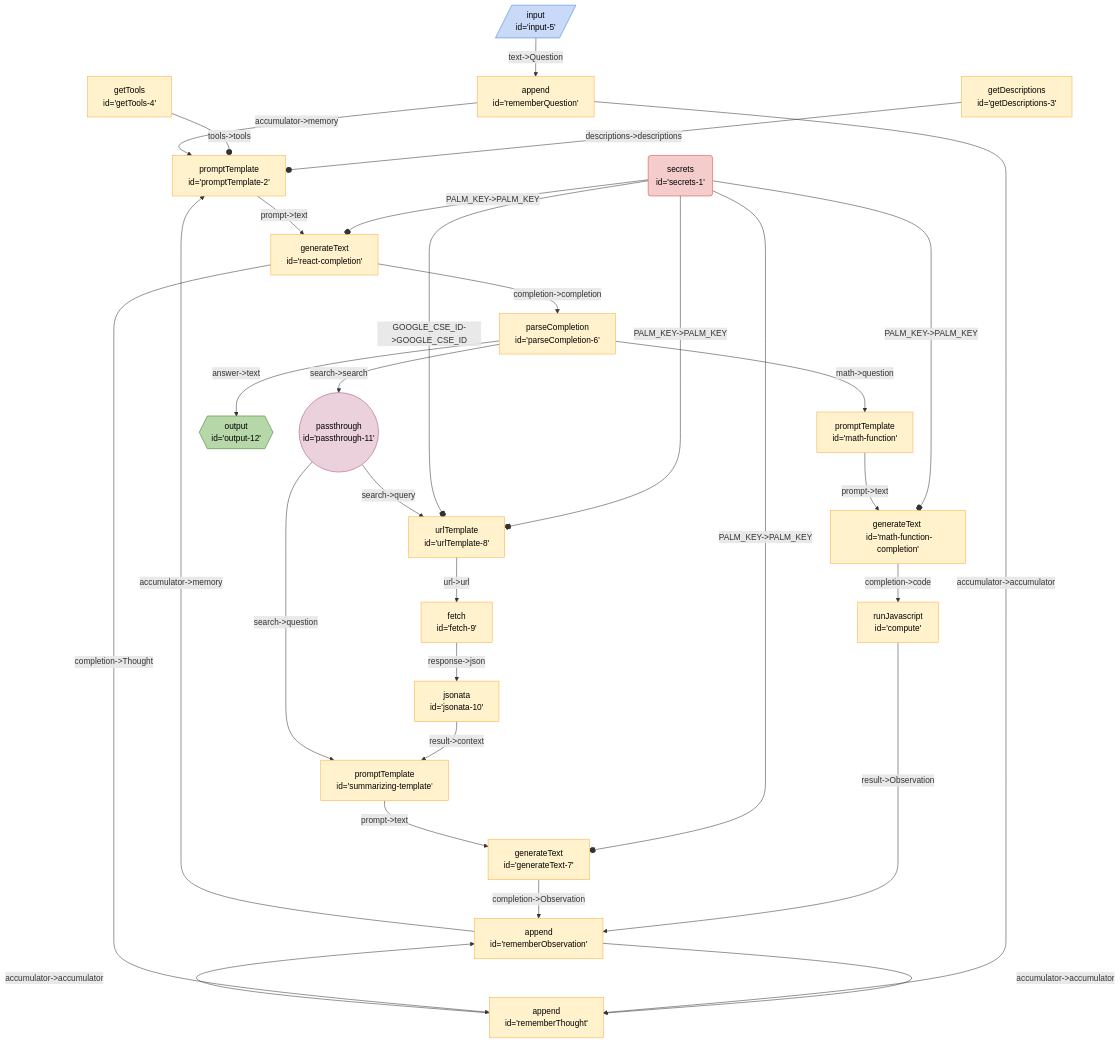
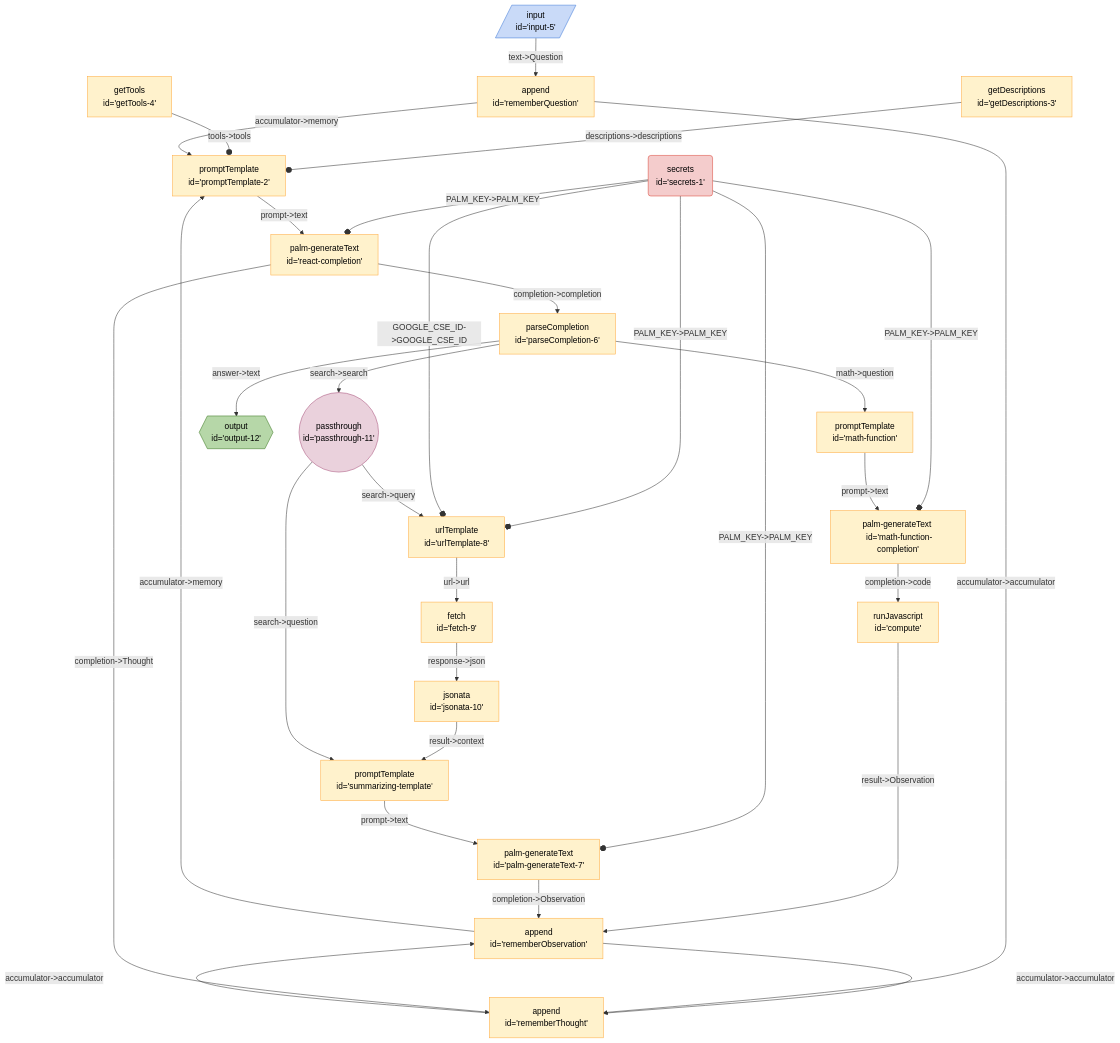
One commit to breadboard-ai/breadboard changed the diagram in seeds/graph-playground/docs/graphs/react.md. Above: the diagram before and after it, drawn with Mermaid. The commit also changed 55 other files, not shown here.

````diff
--- a/seeds/graph-playground/docs/graphs/react.md
+++ b/seeds/graph-playground/docs/graphs/react.md
@@ -5,41 +5,41 @@
   ```mermaid
   %%{init: 'themeVariables': { 'fontFamily': 'Fira Code, monospace' }}%%
 graph TD;
 getDescriptions3["getDescriptions <br> id='getDescriptions-3'"] -- "descriptions->descriptions" --o promptTemplate2["promptTemplate <br> id='promptTemplate-2'"]
 getTools4["getTools <br> id='getTools-4'"] -- "tools->tools" --o promptTemplate2["promptTemplate <br> id='promptTemplate-2'"]
 rememberObservation["append <br> id='rememberObservation'"] -- "accumulator->memory" --> promptTemplate2["promptTemplate <br> id='promptTemplate-2'"]
 rememberThought["append <br> id='rememberThought'"] -- "accumulator->accumulator" --> rememberObservation["append <br> id='rememberObservation'"]
 rememberObservation["append <br> id='rememberObservation'"] -- "accumulator->accumulator" --> rememberThought["append <br> id='rememberThought'"]
 rememberQuestion["append <br> id='rememberQuestion'"] -- "accumulator->accumulator" --> rememberThought["append <br> id='rememberThought'"]
 rememberQuestion["append <br> id='rememberQuestion'"] -- "accumulator->memory" --> promptTemplate2["promptTemplate <br> id='promptTemplate-2'"]
 input5[/"input <br> id='input-5'"/]:::input -- "text->Question" --> rememberQuestion["append <br> id='rememberQuestion'"]
-secrets1("secrets <br> id='secrets-1'"):::secrets -- "PALM_KEY->PALM_KEY" --o reactcompletion["generateText <br> id='react-completion'"]
+secrets1("secrets <br> id='secrets-1'"):::secrets -- "PALM_KEY->PALM_KEY" --o reactcompletion["palm-generateText <br> id='react-completion'"]
 compute["runJavascript <br> id='compute'"] -- "result->Observation" --> rememberObservation["append <br> id='rememberObservation'"]
-mathfunctioncompletion["generateText <br> id='math-function-completion'"] -- "completion->code" --> compute["runJavascript <br> id='compute'"]
-secrets1("secrets <br> id='secrets-1'"):::secrets -- "PALM_KEY->PALM_KEY" --o mathfunctioncompletion["generateText <br> id='math-function-completion'"]
-mathfunction["promptTemplate <br> id='math-function'"] -- "prompt->text" --> mathfunctioncompletion["generateText <br> id='math-function-completion'"]
-generateText7["generateText <br> id='generateText-7'"] -- "completion->Observation" --> rememberObservation["append <br> id='rememberObservation'"]
-secrets1("secrets <br> id='secrets-1'"):::secrets -- "PALM_KEY->PALM_KEY" --o generateText7["generateText <br> id='generateText-7'"]
-summarizingtemplate["promptTemplate <br> id='summarizing-template'"] -- "prompt->text" --> generateText7["generateText <br> id='generateText-7'"]
+mathfunctioncompletion["palm-generateText <br> id='math-function-completion'"] -- "completion->code" --> compute["runJavascript <br> id='compute'"]
+secrets1("secrets <br> id='secrets-1'"):::secrets -- "PALM_KEY->PALM_KEY" --o mathfunctioncompletion["palm-generateText <br> id='math-function-completion'"]
+mathfunction["promptTemplate <br> id='math-function'"] -- "prompt->text" --> mathfunctioncompletion["palm-generateText <br> id='math-function-completion'"]
+palmgenerateText7["palm-generateText <br> id='palm-generateText-7'"] -- "completion->Observation" --> rememberObservation["append <br> id='rememberObservation'"]
+secrets1("secrets <br> id='secrets-1'"):::secrets -- "PALM_KEY->PALM_KEY" --o palmgenerateText7["palm-generateText <br> id='palm-generateText-7'"]
+summarizingtemplate["promptTemplate <br> id='summarizing-template'"] -- "prompt->text" --> palmgenerateText7["palm-generateText <br> id='palm-generateText-7'"]
 secrets1("secrets <br> id='secrets-1'"):::secrets -- "PALM_KEY->PALM_KEY" --o urlTemplate8["urlTemplate <br> id='urlTemplate-8'"]
 secrets1("secrets <br> id='secrets-1'"):::secrets -- "GOOGLE_CSE_ID->GOOGLE_CSE_ID" --o urlTemplate8["urlTemplate <br> id='urlTemplate-8'"]
 jsonata10["jsonata <br> id='jsonata-10'"] -- "result->context" --> summarizingtemplate["promptTemplate <br> id='summarizing-template'"]
 fetch9["fetch <br> id='fetch-9'"] -- "response->json" --> jsonata10["jsonata <br> id='jsonata-10'"]
 urlTemplate8["urlTemplate <br> id='urlTemplate-8'"] -- "url->url" --> fetch9["fetch <br> id='fetch-9'"]
 passthrough11(("passthrough <br> id='passthrough-11'")):::passthrough -- "search->question" --> summarizingtemplate["promptTemplate <br> id='summarizing-template'"]
 passthrough11(("passthrough <br> id='passthrough-11'")):::passthrough -- "search->query" --> urlTemplate8["urlTemplate <br> id='urlTemplate-8'"]
 parseCompletion6["parseCompletion <br> id='parseCompletion-6'"] -- "search->search" --> passthrough11(("passthrough <br> id='passthrough-11'")):::passthrough
 parseCompletion6["parseCompletion <br> id='parseCompletion-6'"] -- "math->question" --> mathfunction["promptTemplate <br> id='math-function'"]
 parseCompletion6["parseCompletion <br> id='parseCompletion-6'"] -- "answer->text" --> output12{{"output <br> id='output-12'"}}:::output
-reactcompletion["generateText <br> id='react-completion'"] -- "completion->completion" --> parseCompletion6["parseCompletion <br> id='parseCompletion-6'"]
-reactcompletion["generateText <br> id='react-completion'"] -- "completion->Thought" --> rememberThought["append <br> id='rememberThought'"]
-promptTemplate2["promptTemplate <br> id='promptTemplate-2'"] -- "prompt->text" --> reactcompletion["generateText <br> id='react-completion'"]
+reactcompletion["palm-generateText <br> id='react-completion'"] -- "completion->completion" --> parseCompletion6["parseCompletion <br> id='parseCompletion-6'"]
+reactcompletion["palm-generateText <br> id='react-completion'"] -- "completion->Thought" --> rememberThought["append <br> id='rememberThought'"]
+promptTemplate2["promptTemplate <br> id='promptTemplate-2'"] -- "prompt->text" --> reactcompletion["palm-generateText <br> id='react-completion'"]
 classDef default stroke:#ffab40,fill:#fff2ccff,color:#000
 classDef input stroke:#3c78d8,fill:#c9daf8ff,color:#000
 classDef output stroke:#38761d,fill:#b6d7a8ff,color:#000
 classDef passthrough stroke:#a64d79,fill:#ead1dcff,color:#000
 classDef slot stroke:#a64d79,fill:#ead1dcff,color:#000
 classDef config stroke:#a64d79,fill:#ead1dcff,color:#000
 classDef secrets stroke:#db4437,fill:#f4cccc,color:#000
 classDef slotted stroke:#a64d79
   ```
````
